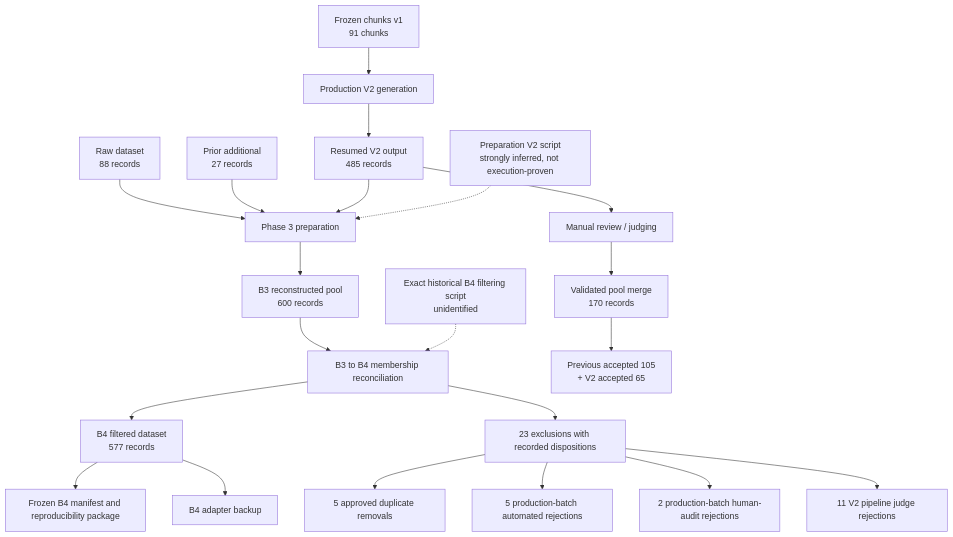
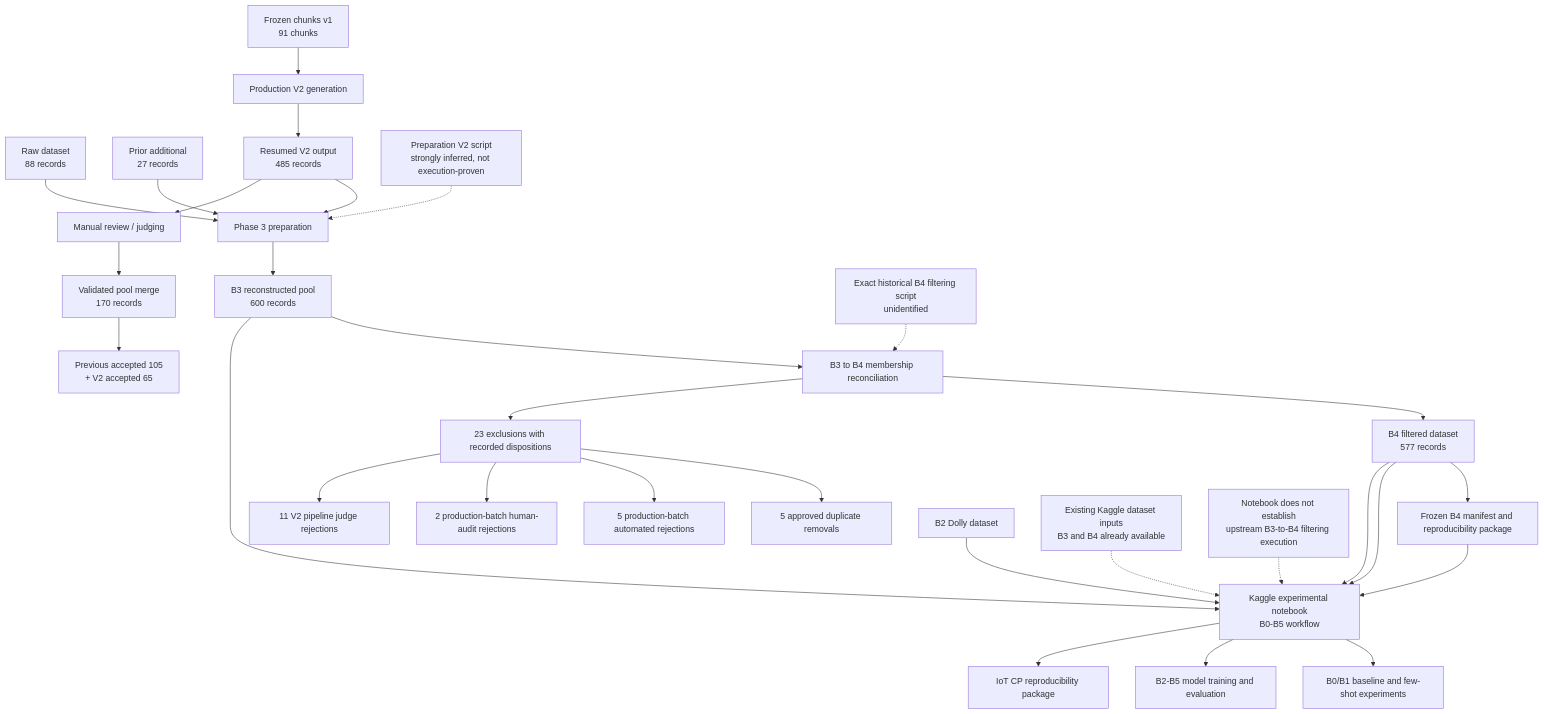
Before and after one commit to Sahil-W-s/Domain-Specific-Instruction-Tuning-Dataset-Curation-Framework: the diagram in docs/diagrams/phase10_dataset_lineage.mmd, drawn with Mermaid. The commit also changed 4 other files, not shown here.

Commit message:
Document Kaggle experimental workflow provenance

```diff
--- a/docs/diagrams/phase10_dataset_lineage.mmd
+++ b/docs/diagrams/phase10_dataset_lineage.mmd
@@ -1,24 +1,37 @@
 flowchart TD
     A["Frozen chunks v1<br/>91 chunks"] --> G["Production V2 generation"]
     B["Raw dataset<br/>88 records"] --> C["Phase 3 preparation"]
     D["Prior additional<br/>27 records"] --> C
     G --> E["Resumed V2 output<br/>485 records"]
     E --> C
     C --> F["B3 reconstructed pool<br/>600 records"]
     F --> H["B3 to B4 membership reconciliation"]
     H --> I["B4 filtered dataset<br/>577 records"]
     I --> J["Frozen B4 manifest and reproducibility package"]
     I --> K["B4 adapter backup"]
 
     E --> L["Manual review / judging"]
     L --> M["Validated pool merge<br/>170 records"]
     M --> N["Previous accepted 105<br/>+ V2 accepted 65"]
 
     H --> O["23 exclusions with recorded dispositions"]
     O --> P["5 approved duplicate removals"]
     O --> Q["5 production-batch automated rejections"]
     O --> R["2 production-batch human-audit rejections"]
     O --> S["11 V2 pipeline judge rejections"]
 
     T["Preparation V2 script<br/>strongly inferred, not execution-proven"] -.-> C
     U["Exact historical B4 filtering script<br/>unidentified"] -.-> H
+
+
+    %% Downstream Kaggle experimental and packaging workflow
+    B2["B2 Dolly dataset"] --> K["Kaggle experimental notebook<br/>B0-B5 workflow"]
+    F --> K
+    I --> K
+    J --> K
+    K --> K1["B0/B1 baseline and few-shot experiments"]
+    K --> K2["B2-B5 model training and evaluation"]
+    K --> K3["IoT CP reproducibility package"]
+
+    K4["Existing Kaggle dataset inputs<br/>B3 and B4 already available"] -.-> K
+    K5["Notebook does not establish<br/>upstream B3-to-B4 filtering execution"] -.-> K
```
